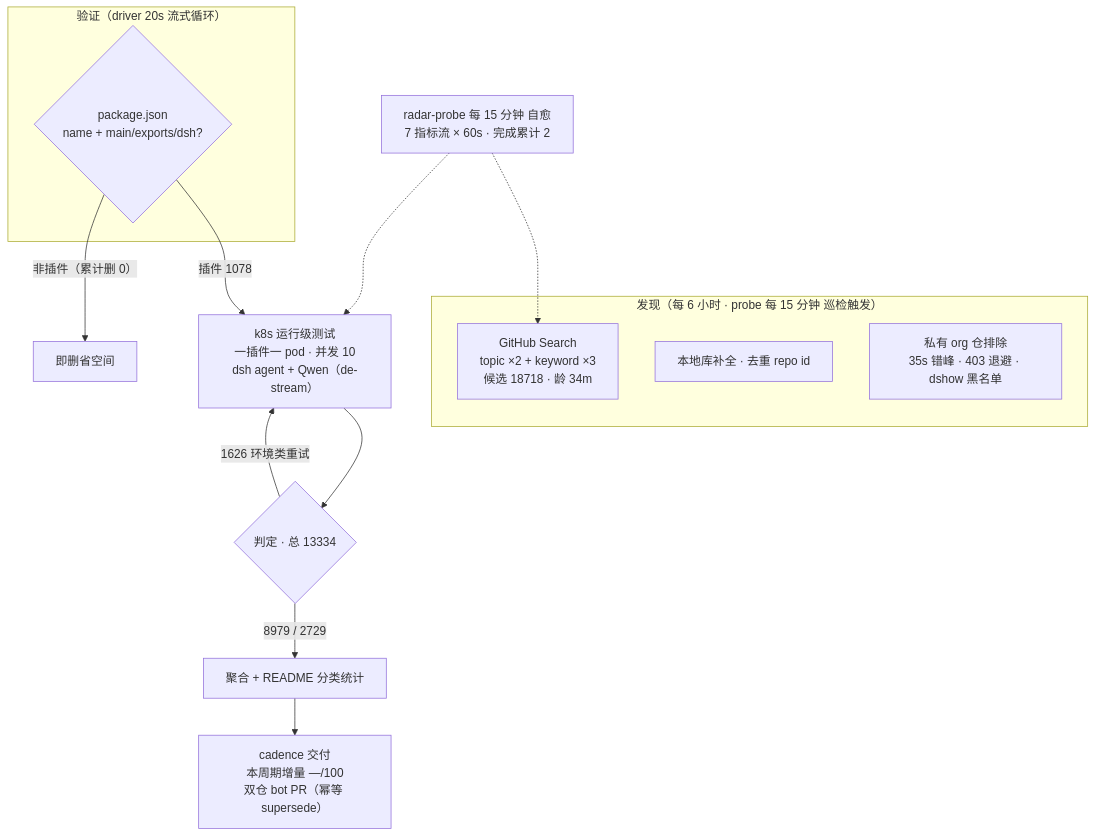
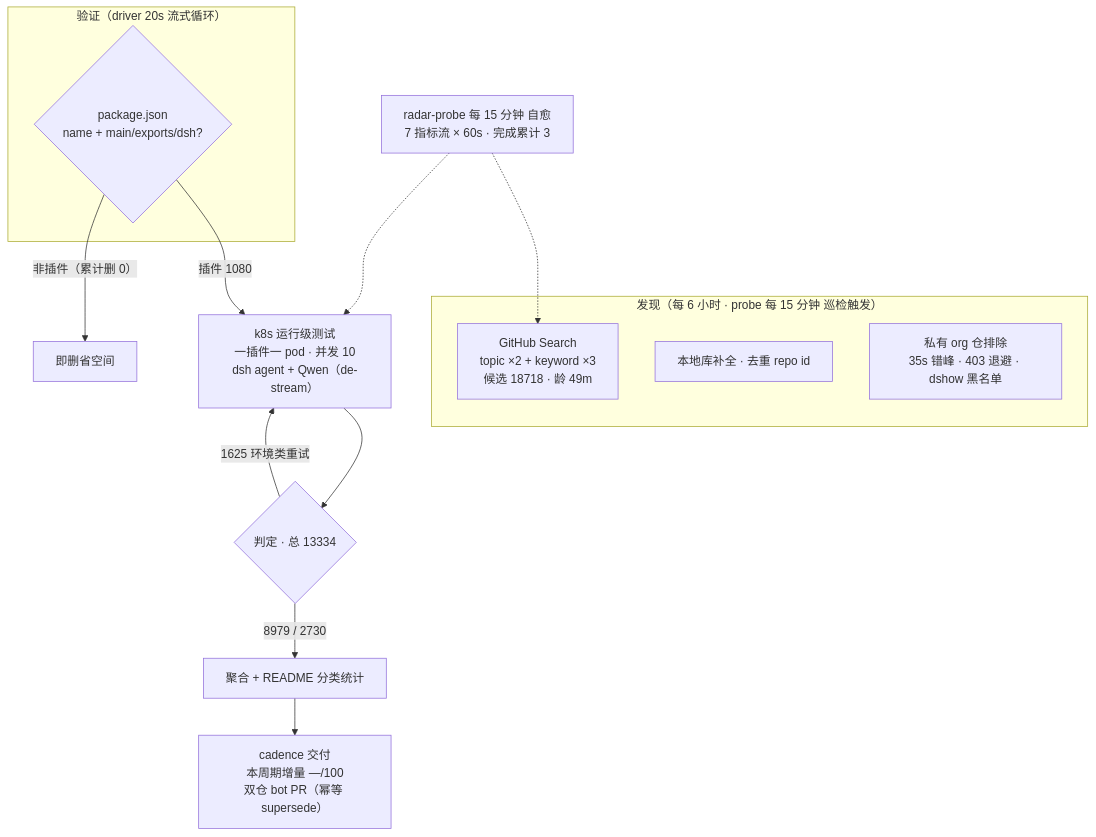
The diagram in README.md (AdamPlatin123/dsh-plugin-radar), drawn with Mermaid before and after one commit. The commit also changed other lines of this file and 6 other files, not shown here.

````diff
--- a/README.md
+++ b/README.md
@@ -52,20 +52,20 @@
 ```mermaid
 flowchart TB
     subgraph Discovery["发现（每 6 小时 · probe 每 15 分钟 巡检触发）"]
-        A1["GitHub Search<br/>topic ×2 + keyword ×3<br/>候选 18718 · 龄 34m"]
+        A1["GitHub Search<br/>topic ×2 + keyword ×3<br/>候选 18718 · 龄 49m"]
         A2["本地库补全 · 去重 repo id"]
         A3["私有 org 仓排除<br/>35s 错峰 · 403 退避 · dshow 黑名单"]
     end
     subgraph Validation["验证（driver 20s 流式循环）"]
         B1{"package.json<br/>name + main/exports/dsh?"}
     end
-    B1 -->|"插件 1078"| C1["k8s 运行级测试<br/>一插件一 pod · 并发 10<br/>dsh agent + Qwen（de-stream）"]
+    B1 -->|"插件 1080"| C1["k8s 运行级测试<br/>一插件一 pod · 并发 10<br/>dsh agent + Qwen（de-stream）"]
     B1 -->|"非插件（累计删 0）"| B3["即删省空间"]
     C1 --> D1{"判定 · 总 13334"}
-    D1 -->|"8979 / 2729"| E1["聚合 + README 分类统计"]
-    D1 -->|"1626 环境类重试"| C1
+    D1 -->|"8979 / 2730"| E1["聚合 + README 分类统计"]
+    D1 -->|"1625 环境类重试"| C1
     E1 --> E2["cadence 交付<br/>本周期增量 —/100<br/>双仓 bot PR（幂等 supersede）"]
-    M["radar-probe 每 15 分钟 自愈<br/>7 指标流 × 60s · 完成累计 2"]
+    M["radar-probe 每 15 分钟 自愈<br/>7 指标流 × 60s · 完成累计 3"]
     M -.-> A1
     M -.-> C1
 ```
````
